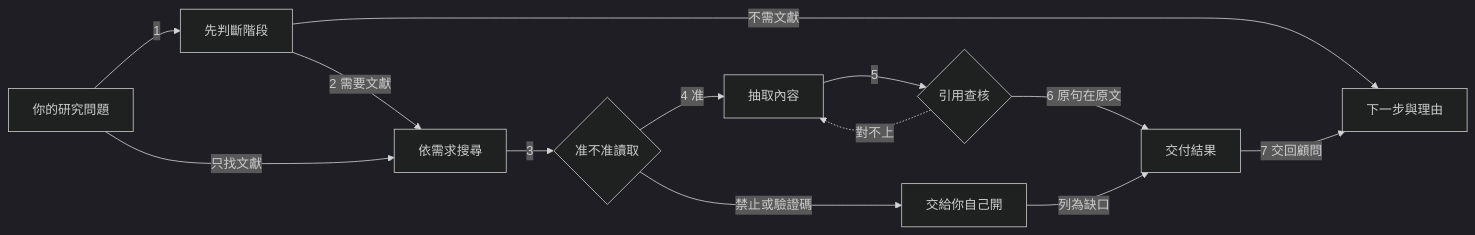
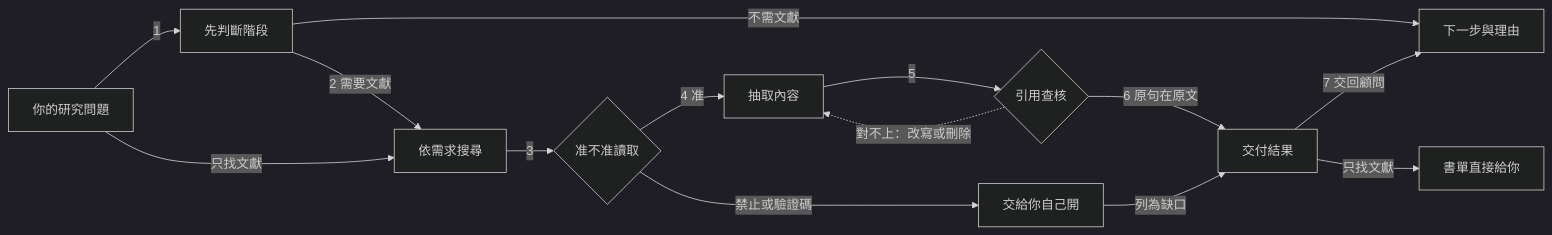
The diagram in README.md (WizerdBaChe/research-advisor-kit), drawn with Mermaid (dark theme) before and after one commit. The commit also changed other lines of this file and 4 other files, not shown here.

Commit message:
docs: align flow text, mapping tables and notices with the corrected figure

````diff
--- a/README.md
+++ b/README.md
@@ -128,15 +128,16 @@
 ```mermaid
 flowchart LR
   Q[你的研究問題] -->|1| A[先判斷階段]
   A -->|不需文獻| D[下一步與理由]
   A -->|2 需要文獻| L[依需求搜尋]
   Q -->|只找文獻| L
   L -->|3| H{准不准讀取}
   H -->|4 准| X[抽取內容]
   H -->|禁止或驗證碼| U[交給你自己開]
   X -->|5| C{引用查核}
-  C -.->|對不上| X
+  C -.->|對不上：改寫或刪除| X
   C -->|6 原句在原文| R[交付結果]
   U -->|列為缺口| R
   R -->|7 交回顧問| D
+  R -->|只找文獻| O[書單直接給你]
 ```
````
